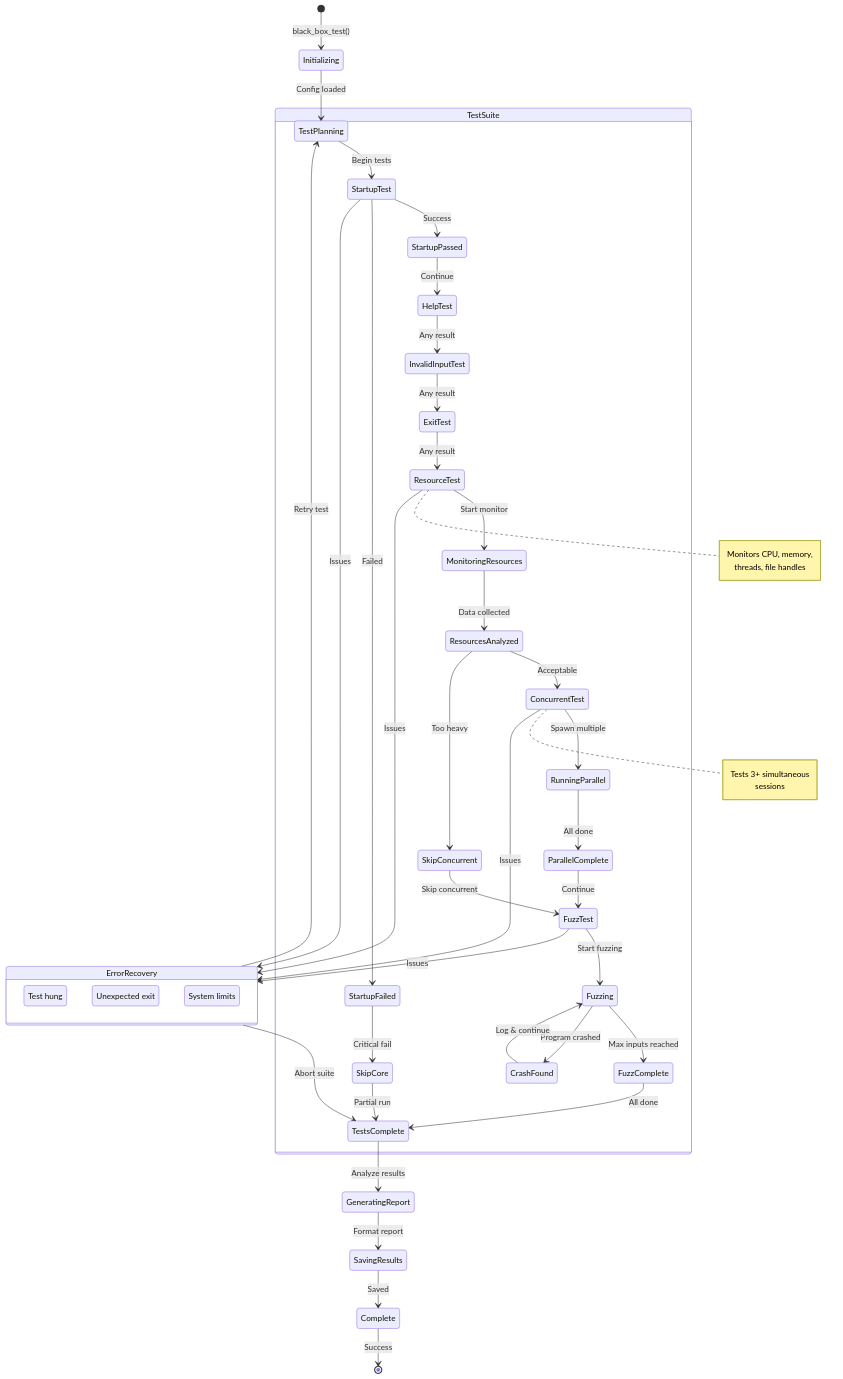
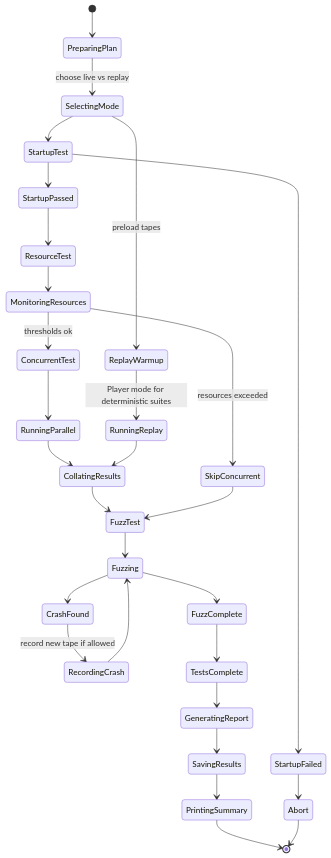
One commit to jimmc414/claude_control changed the sixth of 7 diagrams in state_machines.md. Above: the diagram before and after it, drawn with Mermaid. The commit also changed other lines of this file, not shown here.

Commit message:
Update state machine docs for replay workflows

````diff
--- a/state_machines.md
+++ b/state_machines.md
@@ -219,71 +264,41 @@
 ```mermaid
 stateDiagram-v2
-    [*] --> Initializing: black_box_test()
-    
-    Initializing --> TestPlanning: Config loaded
-    
-    state TestSuite {
-        TestPlanning --> StartupTest: Begin tests
-        
-        StartupTest --> StartupPassed: Success
-        StartupTest --> StartupFailed: Failed
-        
-        StartupPassed --> HelpTest: Continue
-        StartupFailed --> SkipCore: Critical fail
-        
-        HelpTest --> InvalidInputTest: Any result
-        InvalidInputTest --> ExitTest: Any result
-        ExitTest --> ResourceTest: Any result
-        
-        ResourceTest --> MonitoringResources: Start monitor
-        MonitoringResources --> ResourcesAnalyzed: Data collected
-        
-        ResourcesAnalyzed --> ConcurrentTest: Acceptable
-        ResourcesAnalyzed --> SkipConcurrent: Too heavy
-        
-        ConcurrentTest --> RunningParallel: Spawn multiple
-        RunningParallel --> ParallelComplete: All done
-        
-        ParallelComplete --> FuzzTest: Continue
-        SkipConcurrent --> FuzzTest: Skip concurrent
-        
-        FuzzTest --> Fuzzing: Start fuzzing
-        Fuzzing --> FuzzComplete: Max inputs reached
-        Fuzzing --> CrashFound: Program crashed
-        
-        CrashFound --> Fuzzing: Log & continue
-        FuzzComplete --> TestsComplete: All done
-        
-        SkipCore --> TestsComplete: Partial run
-    }
-    
-    TestsComplete --> GeneratingReport: Analyze results
-    GeneratingReport --> SavingResults: Format report
-    SavingResults --> Complete: Saved
-    
-    state ErrorRecovery {
-        TestTimeout: Test hung
-        ProcessCrash: Unexpected exit
-        ResourceExhaustion: System limits
-    }
-    
-    StartupTest --> ErrorRecovery: Issues
-    ResourceTest --> ErrorRecovery: Issues
-    ConcurrentTest --> ErrorRecovery: Issues
-    FuzzTest --> ErrorRecovery: Issues
-    
-    ErrorRecovery --> TestsComplete: Abort suite
-    ErrorRecovery --> TestPlanning: Retry test
-    
-    Complete --> [*]: Success
-    
-    note right of ResourceTest
-        Monitors CPU, memory,
-        threads, file handles
-    end note
-    
-    note right of ConcurrentTest
-        Tests 3+ simultaneous
-        sessions
-    end note
+    [*] --> PreparingPlan
+    PreparingPlan --> SelectingMode: choose live vs replay
+    SelectingMode --> StartupTest
+    SelectingMode --> ReplayWarmup: preload tapes
+
+    StartupTest --> StartupPassed
+    StartupTest --> StartupFailed
+
+    StartupPassed --> ResourceTest
+    ResourceTest --> MonitoringResources
+
+    MonitoringResources --> ConcurrentTest: thresholds ok
+    MonitoringResources --> SkipConcurrent: resources exceeded
+
+    ConcurrentTest --> RunningParallel
+    RunningParallel --> CollatingResults
+
+    ReplayWarmup --> RunningReplay: Player mode for deterministic suites
+    RunningReplay --> CollatingResults
+
+    CollatingResults --> FuzzTest
+    SkipConcurrent --> FuzzTest
+
+    FuzzTest --> Fuzzing
+    Fuzzing --> CrashFound
+    Fuzzing --> FuzzComplete
+
+    CrashFound --> RecordingCrash: record new tape if allowed
+    RecordingCrash --> Fuzzing
+
+    FuzzComplete --> TestsComplete
+    TestsComplete --> GeneratingReport
+    GeneratingReport --> SavingResults
+    SavingResults --> PrintingSummary
+    PrintingSummary --> [*]
+
+    StartupFailed --> Abort
+    Abort --> [*]
 ```
````
